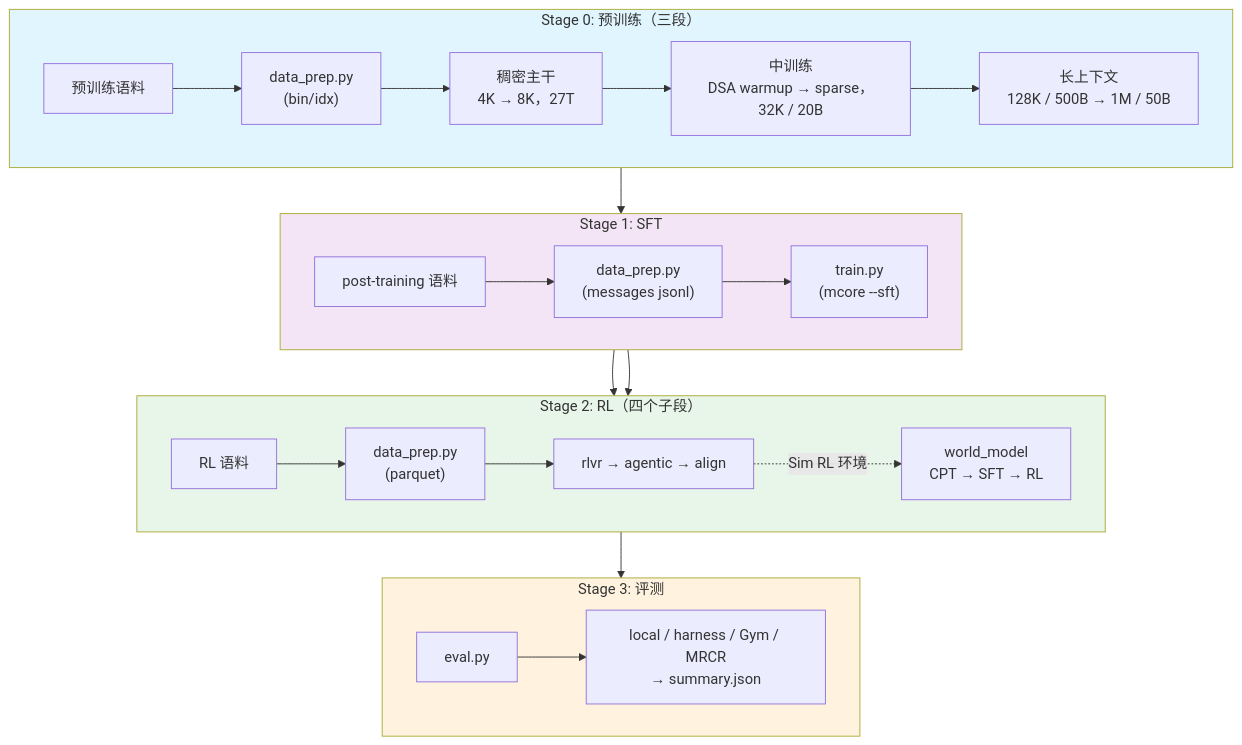
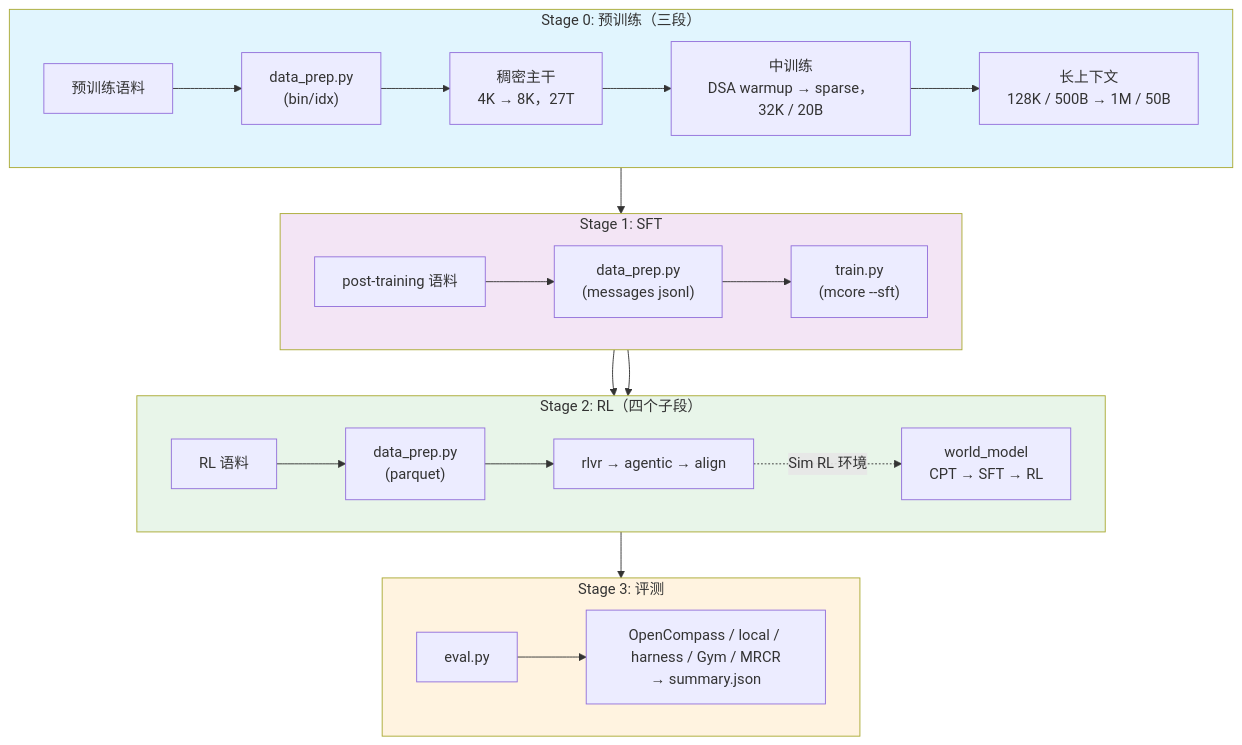
The first of 2 diagrams in src/shensi/recipes/shensi/README.md (zongzhilou/shensi), drawn with Mermaid before and after one commit. The commit also changed other lines of this file and 14 other files, not shown here.

````diff
--- a/src/shensi/recipes/shensi/README.md
+++ b/src/shensi/recipes/shensi/README.md
@@ -41,34 +41,34 @@
 ```mermaid
 flowchart TB
     subgraph stage0["Stage 0: 预训练（三段）"]
         direction LR
         raw["预训练语料"] --> dp0["data_prep.py<br/>(bin/idx)"] --> p1["稠密主干<br/>4K → 8K，27T"]
         p1 --> p2["中训练<br/>DSA warmup → sparse，32K / 20B"]
         p2 --> p3["长上下文<br/>128K / 500B → 1M / 50B"]
     end
 
     subgraph stage1["Stage 1: SFT"]
         direction LR
         inst["post-training 语料"] --> dp1["data_prep.py<br/>(messages jsonl)"] --> s1["train.py<br/>(mcore --sft)"]
     end
 
     subgraph stage2["Stage 2: RL（四个子段）"]
         direction LR
         rl["RL 语料"] --> dp2["data_prep.py<br/>(parquet)"] --> r1["rlvr → agentic → align"]
         r1 -.->|"Sim RL 环境"| wm["world_model<br/>CPT → SFT → RL"]
     end
 
     subgraph stage3["Stage 3: 评测"]
         direction LR
-        ev["eval.py"] --> out["local / harness / Gym / MRCR<br/>→ summary.json"]
+        ev["eval.py"] --> out["OpenCompass / local / harness / Gym / MRCR<br/>→ summary.json"]
     end
 
     p3 --> s1
     s1 --> r1
     s1 --> wm
     r1 --> ev
     style stage0 fill:#e1f5fe
     style stage1 fill:#f3e5f5
     style stage2 fill:#e8f5e9
     style stage3 fill:#fff3e0
 ```
````
